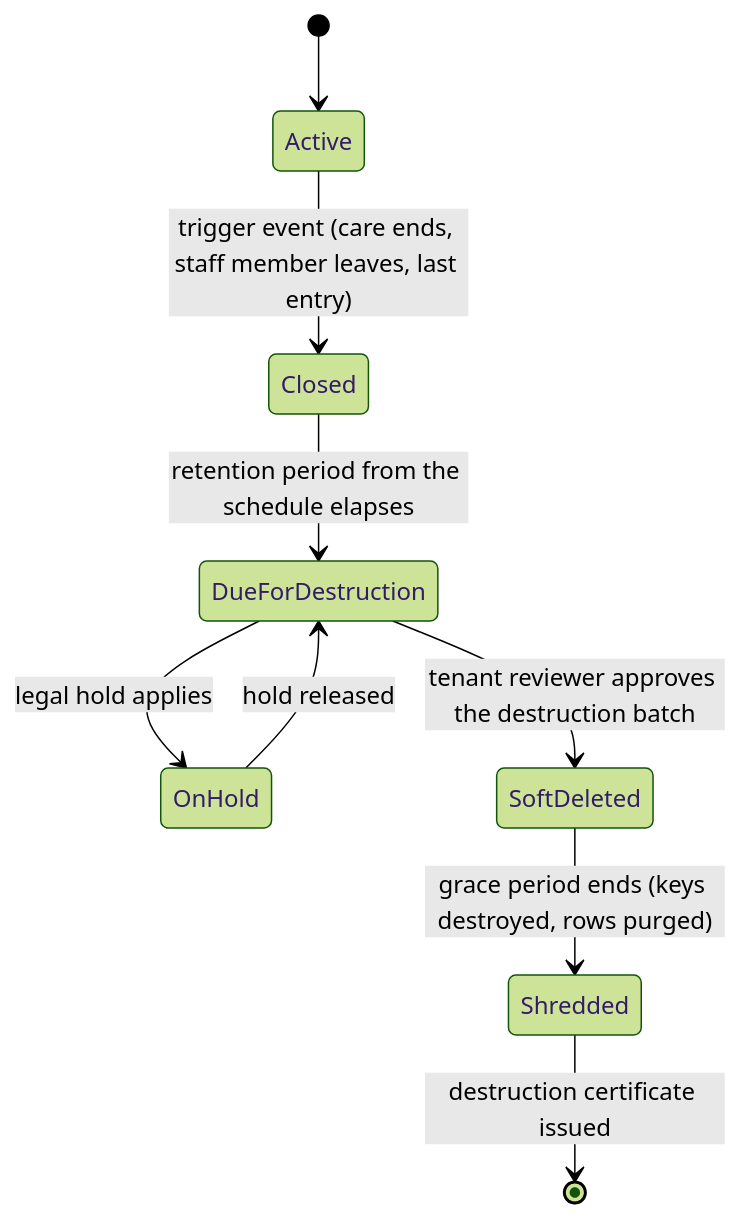
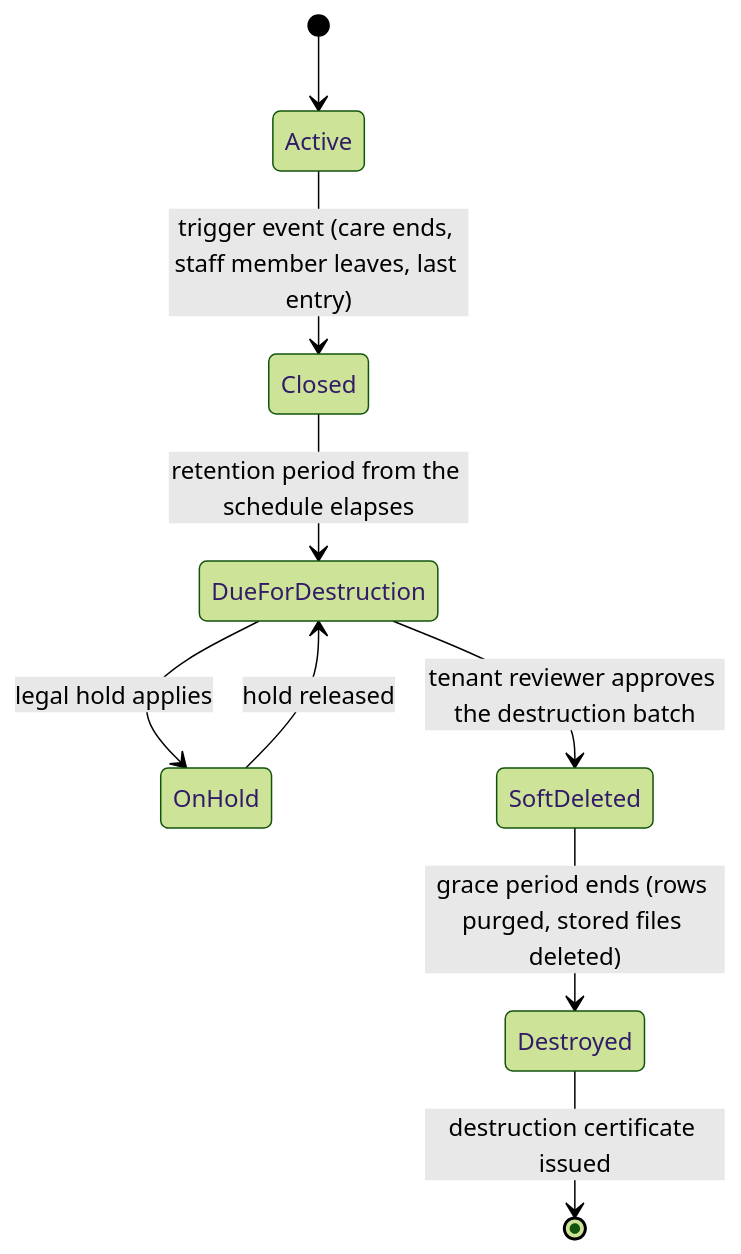
One commit to Bmwarari2/ROCHE changed the diagram in docs/compliance/retention-and-deletion.md. Above: the diagram before and after it, drawn with Mermaid (forest theme). The commit also changed other lines of this file and 7 other files, not shown here.

````diff
--- a/docs/compliance/retention-and-deletion.md
+++ b/docs/compliance/retention-and-deletion.md
@@ -12,11 +20,11 @@
 ```mermaid
 stateDiagram-v2
   [*] --> Active
   Active --> Closed: trigger event (care ends, staff member leaves, last entry)
   Closed --> DueForDestruction: retention period from the schedule elapses
   DueForDestruction --> OnHold: legal hold applies
   OnHold --> DueForDestruction: hold released
   DueForDestruction --> SoftDeleted: tenant reviewer approves the destruction batch
-  SoftDeleted --> Shredded: grace period ends (keys destroyed, rows purged)
-  Shredded --> [*]: destruction certificate issued
+  SoftDeleted --> Destroyed: grace period ends (rows purged, stored files deleted)
+  Destroyed --> [*]: destruction certificate issued
 ```
````
